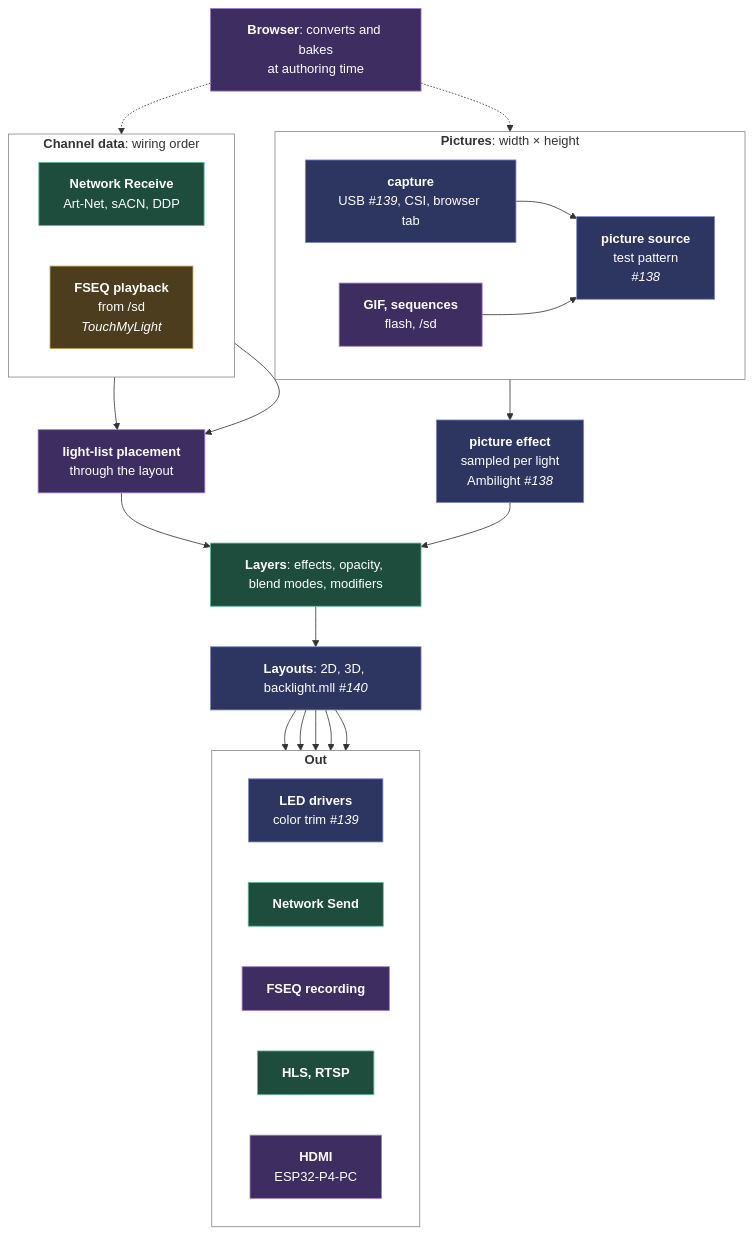
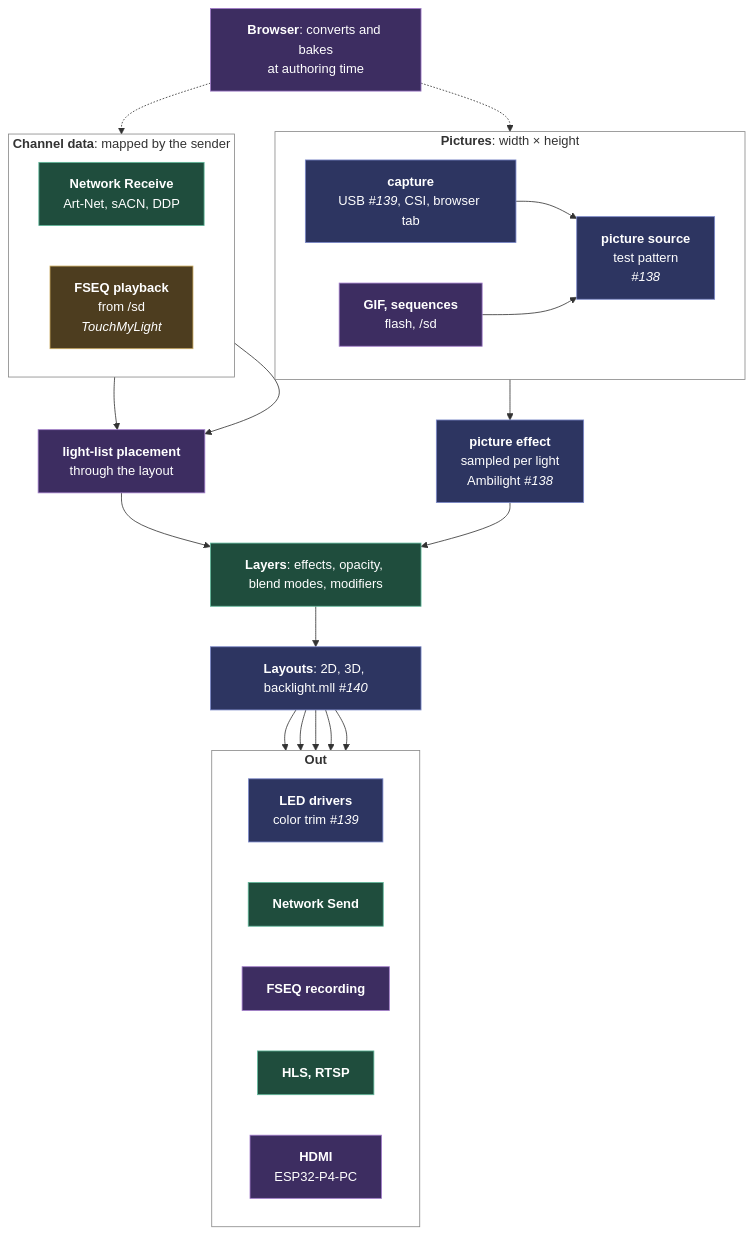
One commit to MoonModules/MoonLight changed the diagram in docs/work/present/Plan-20261013 - Streams, every frame from outside.md. Above: the diagram before and after it, drawn with Mermaid. The commit also changed other lines of this file and 32 other files, not shown here.

````diff
--- a/docs/work/present/Plan-20261013 - Streams, every frame from outside.md
+++ b/docs/work/present/Plan-20261013 - Streams, every frame from outside.md
@@ -122,55 +122,55 @@
 ```mermaid
 flowchart TB
-    subgraph CH["<b>Channel data</b>: wiring order"]
+    subgraph CH["<b>Channel data</b>: mapped by the sender"]
         direction LR
         nr["<b>Network Receive</b><br/>Art-Net, sACN, DDP"]
         fseq["<b>FSEQ playback</b><br/>from /sd<br/><i>TouchMyLight</i>"]
     end
     subgraph PIC["<b>Pictures</b>: width × height"]
         direction LR
         cap["<b>capture</b><br/>USB <i>#139</i>, CSI, browser tab"]
         gif["<b>GIF, sequences</b><br/>flash, /sd"]
         ps["<b>picture source</b><br/>test pattern<br/><i>#138</i>"]
     end
     place["<b>light-list placement</b><br/>through the layout"]
     samp["<b>picture effect</b><br/>sampled per light<br/>Ambilight <i>#138</i>"]
     mix["<b>Layers</b>: effects, opacity, blend modes, modifiers"]
     map["<b>Layouts</b>: 2D, 3D, backlight.mll <i>#140</i>"]
     subgraph OUT["<b>Out</b>"]
         direction LR
         drv["<b>LED drivers</b><br/>color trim <i>#139</i>"]
         ns["<b>Network Send</b>"]
         rec["<b>FSEQ recording</b>"]
         hls["<b>HLS, RTSP</b>"]
         hdmi["<b>HDMI</b><br/>ESP32-P4-PC"]
     end
     browser["<b>Browser</b>: converts and bakes<br/>at authoring time"]
 
     nr --> place
     fseq --> place
     cap --> ps
     gif --> ps
     ps --> samp
     place --> mix
     samp --> mix
     mix --> map
     map --> drv
     map --> ns
     map --> rec
     map --> hls
     map --> hdmi
     browser -.-> gif
     browser -.-> fseq
 
     classDef shipped fill:#1f4d3d,stroke:#5fb89a,color:#fff
     classDef pr fill:#2d3561,stroke:#7b88c9,color:#fff
     classDef planned fill:#4d3d1f,stroke:#c9a95f,color:#fff
     classDef proposal fill:#3d2d61,stroke:#a07bc9,color:#fff
     class nr,mix,ns,hls shipped
     class ps,samp,cap,map,drv pr
     class fseq planned
     class place,gif,rec,hdmi,browser proposal
     style CH fill:none,stroke:#888
     style PIC fill:none,stroke:#888
     style OUT fill:none,stroke:#888
 ```
````
